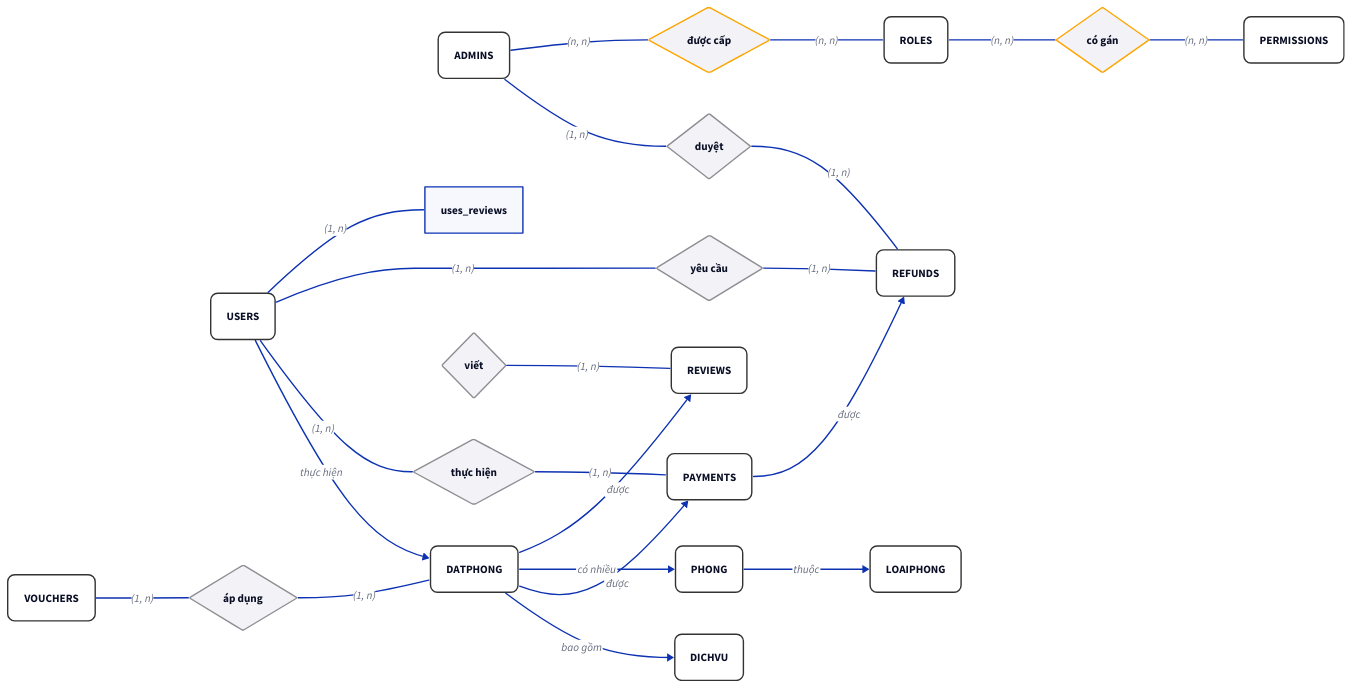
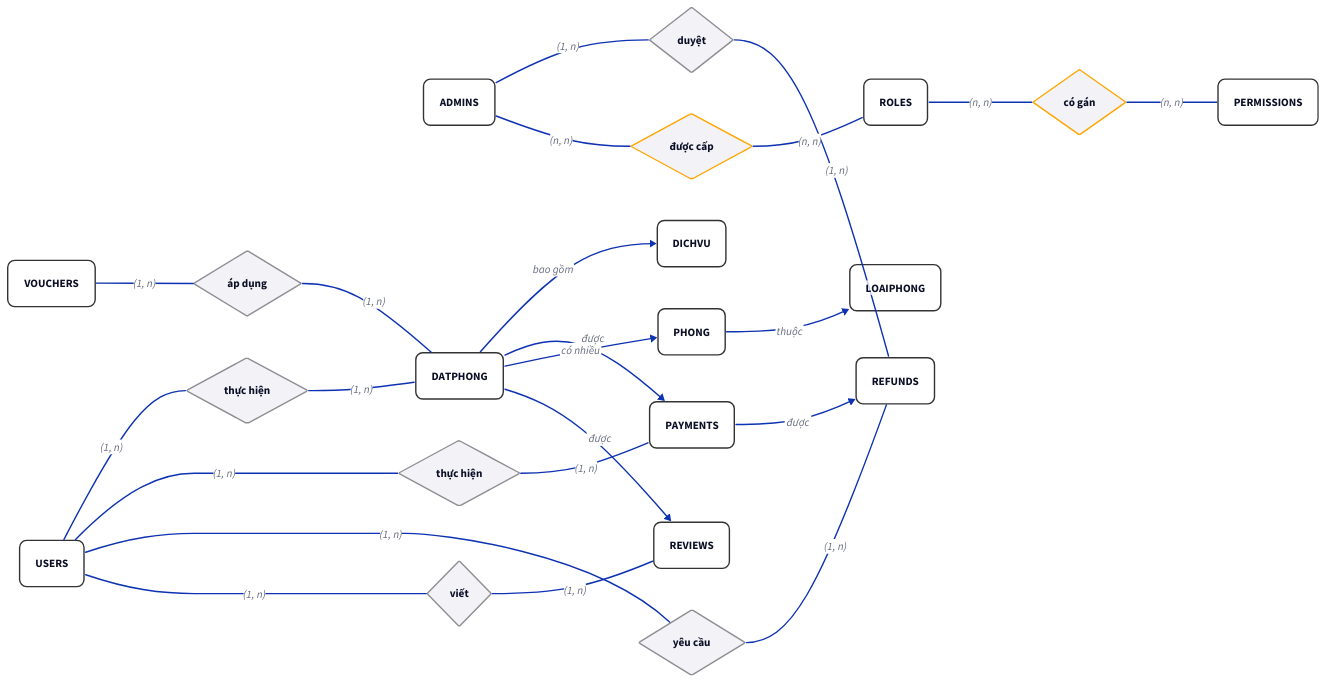
Before and after one commit to sam-uit/ie103-project-report: the diagram in baocao/content/diagrams/ch02-concept-erd.d2, drawn with D2.

```diff
--- a/baocao/content/diagrams/ch02-concept-erd.d2
+++ b/baocao/content/diagrams/ch02-concept-erd.d2
@@ -1,86 +1,89 @@
 direction: right
 
 # --- 0. STYLES ---
 style: {
   opacity: 0.0
   fill: transparent
 }
 
 # --- 1. SETTINGS ---
 classes: {
   entity: {
     shape: rectangle
     style: {border-radius: 10; fill: "#FFFFFF"; stroke: "#333333"}
   }
   rel: {
     shape: diamond
     style: {fill: "#F2F2F7"; stroke: "#8E8E93"}
   }
   attr: {
     shape: oval
     # width: 100; height: 50
     style: {fill: "#F0F8FF"; stroke: "#4682B4"; stroke-dash: 3}
   }
 }
 
 # --- 2. ENTITIES ---
 ADMINS: {class: entity; label: "ADMINS"}
 DATPHONG: {class: entity; label: "DATPHONG"}
 DICHVU: {class: entity; label: "DICHVU"}
 LOAIPHONG: {class: entity; label: "LOAIPHONG"}
 PAYMENTS: {class: entity; label: "PAYMENTS"}
 PERMISSIONS: {class: entity; label: "PERMISSIONS"}
 PHONG: {class: entity; label: "PHONG"}
 REFUNDS: {class: entity; label: "REFUNDS"}
 REVIEWS: {class: entity; label: "REVIEWS"}
 ROLES: {class: entity; label: "ROLES"}
 USERS: {class: entity; label: "USERS"}
 VOUCHERS: {class: entity; label: "VOUCHERS"}
 
 # --- 3. RELATIONSHIPS ---
 # ngôn ngữ "tự nhiên"
 
 # ADMINS -> REFUNDS: duyệt
 admins_refunds: {class: rel; label: "duyệt"}
 ADMINS -- admins_refunds: (1, n)
 admins_refunds -- REFUNDS: (1, n)
 
 # ADMINS -> ROLES: được cấp
 # n - n: viền cam
 admins_roles: {class: rel; label: "được cấp"; style: {stroke: orange}}
 ADMINS -- admins_roles: (n, n)
 admins_roles -- ROLES: (n, n)
 
 DATPHONG -> DICHVU: bao gồm
 DATPHONG -> PAYMENTS: được
 DATPHONG -> PHONG: có nhiều
 DATPHONG -> REVIEWS: được
 LOAIPHONG <- PHONG: thuộc
 PAYMENTS -> REFUNDS: được
 
 # ROLES -> PERMISSIONS: có các
 roles_permissions: {class: rel; label: "có gán"; style: {stroke: orange}}
 ROLES -- roles_permissions: (n, n)
 roles_permissions -- PERMISSIONS: (n, n)
 
-USERS -> DATPHONG: thực hiện
+# USERS -> DATPHONG: thực hiện
+users_datphong: {class: rel; label: "thực hiện"}
+USERS -- users_datphong: (1, n)
+users_datphong -- DATPHONG: (1, n)
 
 # USERS -> PAYMENTS: thực hiện
 users_payment: {class: rel; label: "thực hiện"}
 USERS -- users_payment: (1, n)
 users_payment -- PAYMENTS: (1, n)
 
 # USERS -> REFUNDS: yêu cầu
 users_refunds: {class: rel; label: "yêu cầu"}
 USERS -- users_refunds: (1, n)
 users_refunds -- REFUNDS: (1, n)
 
 # USERS -> REVIEWS: viết
 users_reviews: {class: rel; label: "viết"}
-USERS -- uses_reviews: (1, n)
+USERS -- users_reviews: (1, n)
 users_reviews -- REVIEWS: (1, n)
 
 # VOUCHERS -> DATPHONG: áp dụng cho
 vouchers_datphong: {class: rel; label: "áp dụng"}
 VOUCHERS -- vouchers_datphong: (1, n)
 vouchers_datphong -- DATPHONG: (1, n)
```
